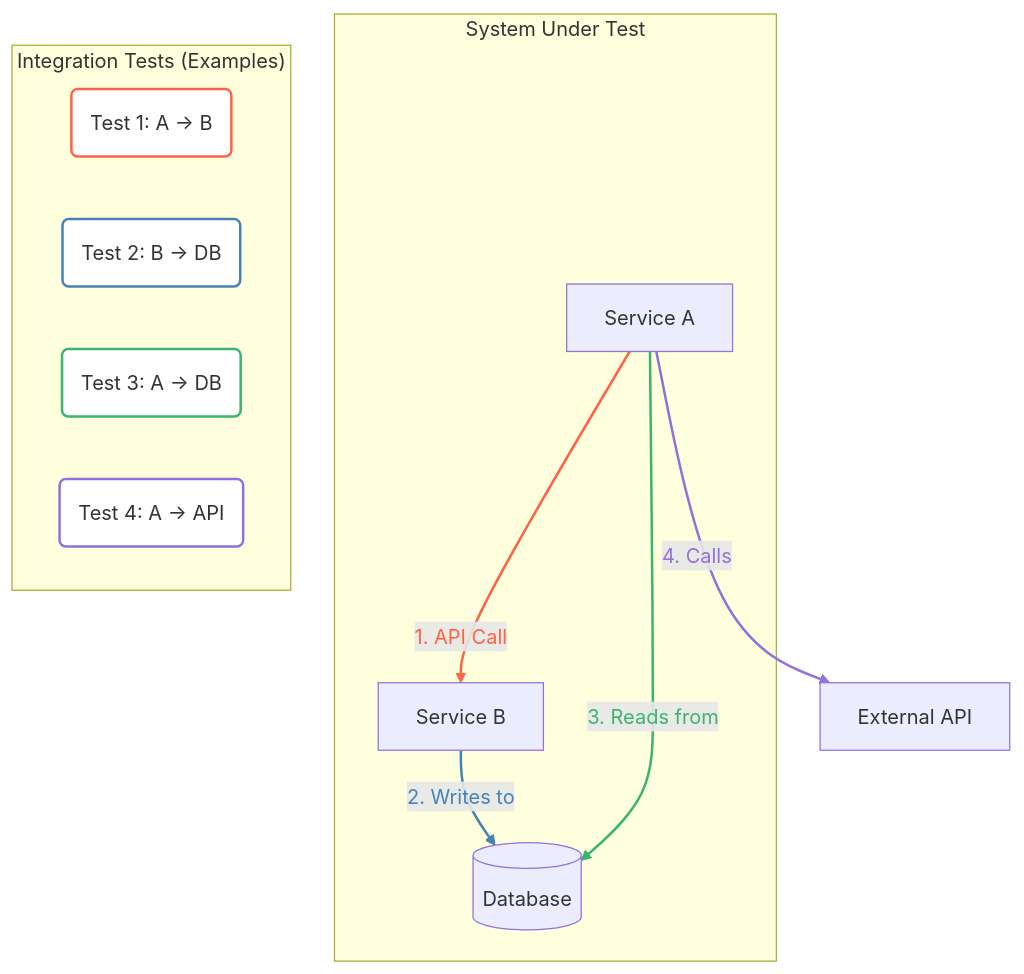
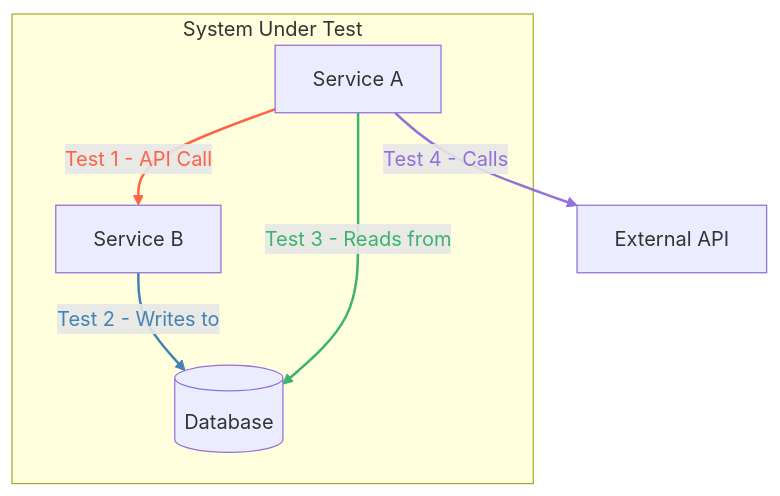
Before and after one commit to bmeurant/technical-docs: the diagram in software-engineering-practices/testing/integration-testing.md, drawn with Mermaid. The commit also changed other lines of this file and 5 other files, not shown here.

Commit message:
docs(software-architecture): add Test doubles & update testing

````diff
--- a/software-engineering-practices/testing/integration-testing.md
+++ b/software-engineering-practices/testing/integration-testing.md
@@ -26,33 +26,20 @@
 ```mermaid
 graph TD
     subgraph "System Under Test"
         ServiceA[Service A]
         ServiceB[Service B]
         DB[(Database)]
     end
 
     ExternalAPI[External API]
 
-    ServiceA -- "1. API Call" --> ServiceB
-    ServiceB -- "2. Writes to" --> DB
-    ServiceA -- "3. Reads from" --> DB
-    ServiceA -- "4. Calls" --> ExternalAPI
+    ServiceA -- "Test 1 - API Call" --> ServiceB
+    ServiceB -- "Test 2 - Writes to" --> DB
+    ServiceA -- "Test 3 - Reads from" --> DB
+    ServiceA -- "Test 4 - Calls" --> ExternalAPI
 
     linkStyle 0 stroke:#ff6347,stroke-width:2px,color:#ff6347
     linkStyle 1 stroke:#4682b4,stroke-width:2px,color:#4682b4
     linkStyle 2 stroke:#3cb371,stroke-width:2px,color:#3cb371
     linkStyle 3 stroke:#9370db,stroke-width:2px,color:#9370db
-
-    subgraph "Integration Tests (Examples)"
-        direction LR
-        Test1("Test 1: A → B")
-        Test2("Test 2: B → DB")
-        Test3("Test 3: A → DB")
-        Test4("Test 4: A → API")
-    end
-
-    style Test1 fill:#fff,stroke:#ff6347,stroke-width:2px
-    style Test2 fill:#fff,stroke:#4682b4,stroke-width:2px
-    style Test3 fill:#fff,stroke:#3cb371,stroke-width:2px
-    style Test4 fill:#fff,stroke:#9370db,stroke-width:2px
 ```
````
